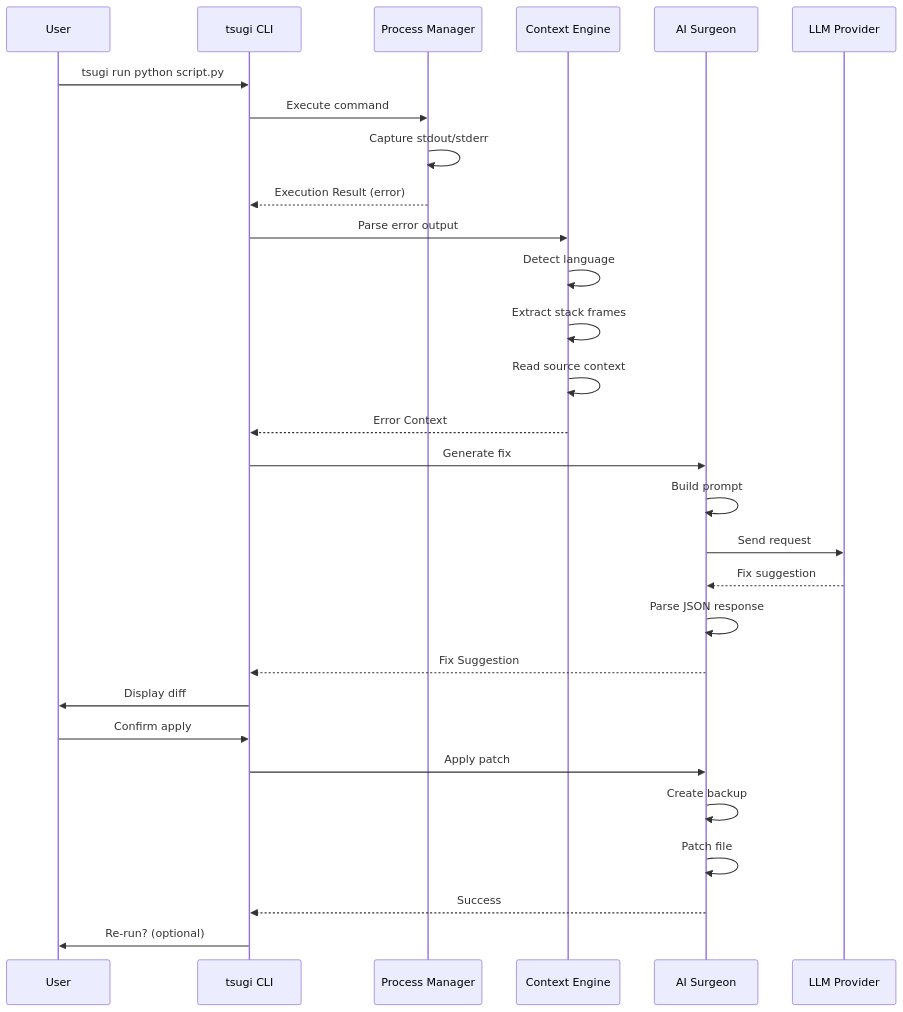
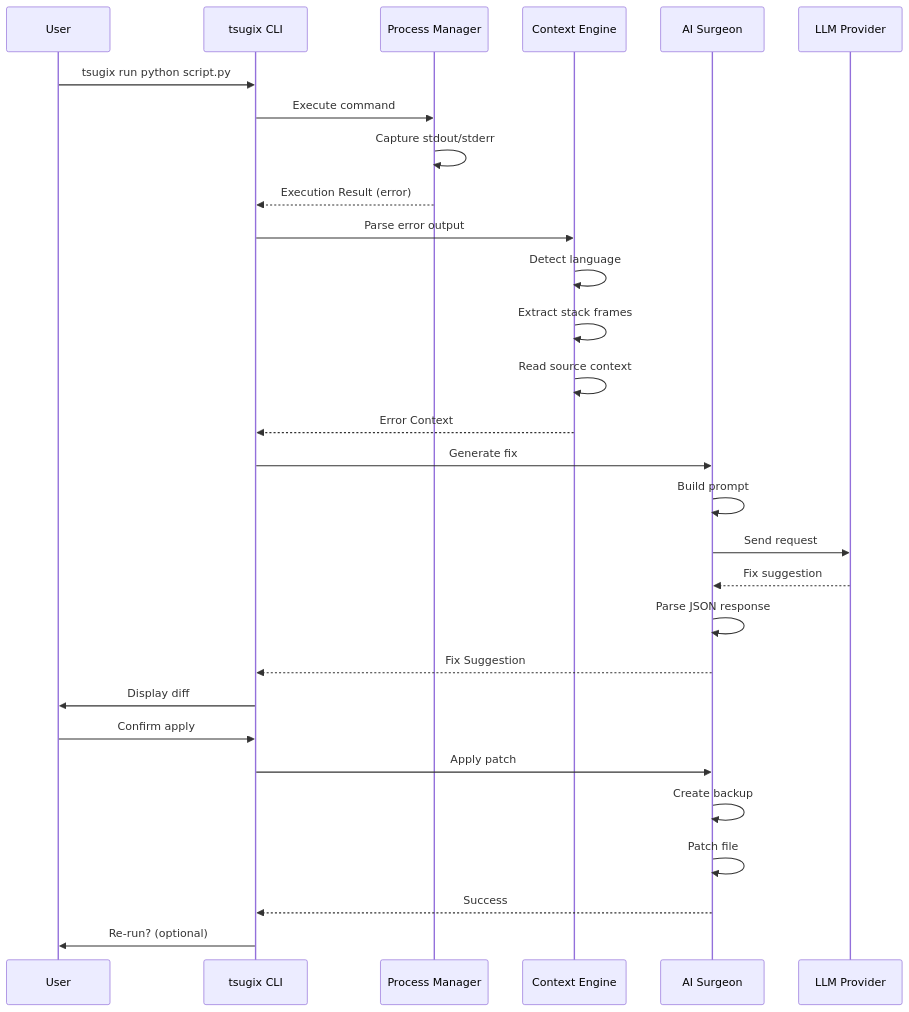
Before and after one commit to SajidSadaqa/Tsugix: the second of 4 diagrams in README.md, drawn with Mermaid. The commit also changed other lines of this file and 5 other files, not shown here.

Commit message:
tsugi command -> tsugix

````diff
--- a/README.md
+++ b/README.md
@@ -122,36 +122,36 @@
 ```mermaid
 sequenceDiagram
     participant User
-    participant CLI as tsugi CLI
+    participant CLI as tsugix CLI
     participant PM as Process Manager
     participant CE as Context Engine
     participant AI as AI Surgeon
     participant LLM as LLM Provider
 
-    User->>CLI: tsugi run python script.py
+    User->>CLI: tsugix run python script.py
     CLI->>PM: Execute command
     PM->>PM: Capture stdout/stderr
     PM-->>CLI: Execution Result (error)
     
     CLI->>CE: Parse error output
     CE->>CE: Detect language
     CE->>CE: Extract stack frames
     CE->>CE: Read source context
     CE-->>CLI: Error Context
     
     CLI->>AI: Generate fix
     AI->>AI: Build prompt
     AI->>LLM: Send request
     LLM-->>AI: Fix suggestion
     AI->>AI: Parse JSON response
     AI-->>CLI: Fix Suggestion
     
     CLI->>User: Display diff
     User->>CLI: Confirm apply
     CLI->>AI: Apply patch
     AI->>AI: Create backup
     AI->>AI: Patch file
     AI-->>CLI: Success
     
     CLI->>User: Re-run? (optional)
 ```
````
